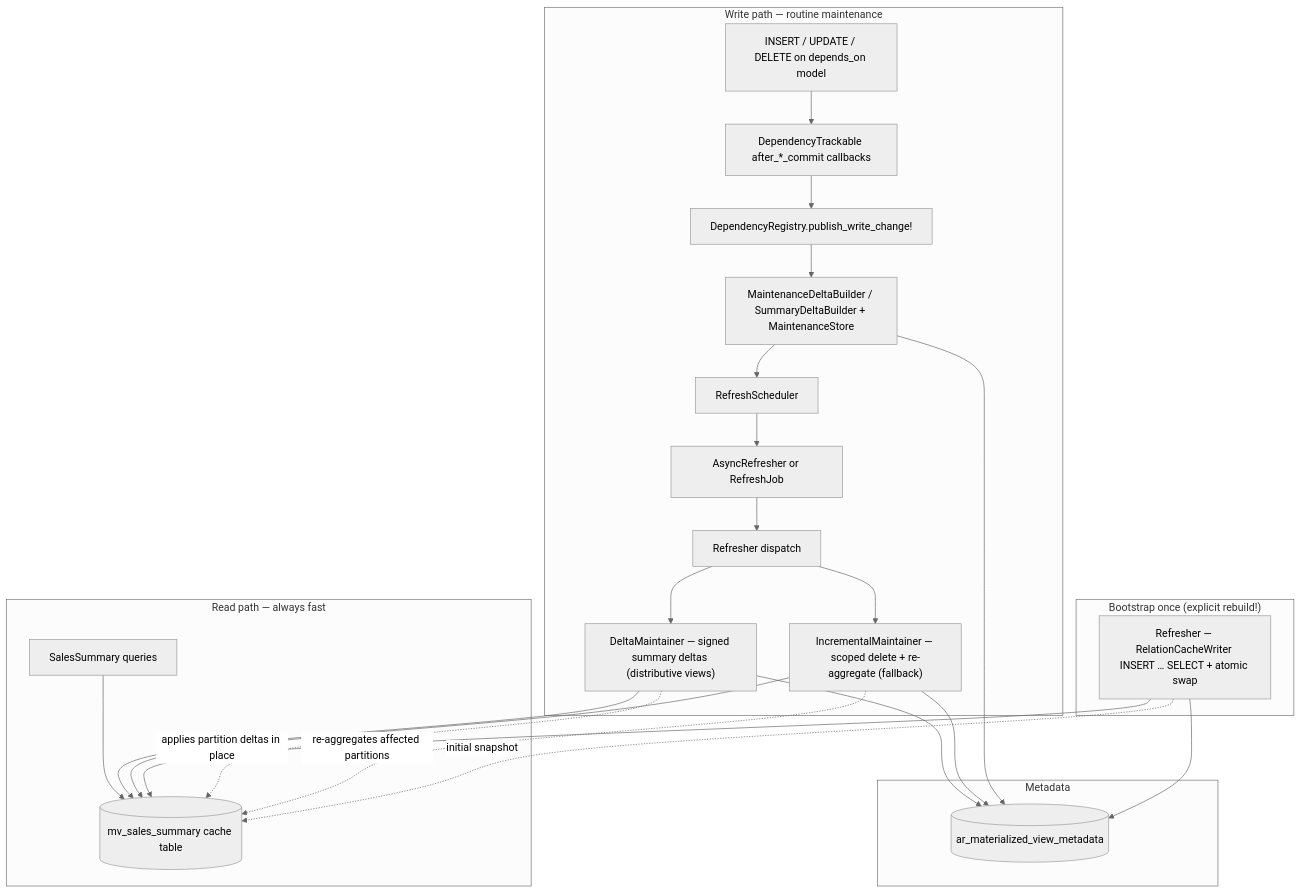
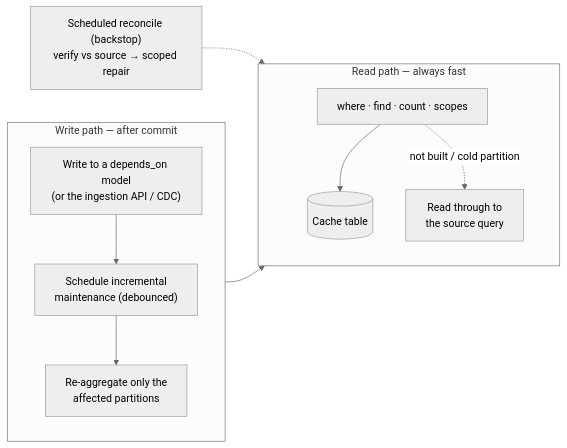
One commit to mavrukin/activerecord-materialized changed the diagram in README.md. Above: the diagram before and after it, drawn with Mermaid (neutral theme). The commit also changed other lines of this file and 8 other files, not shown here.

````diff
--- a/README.md
+++ b/README.md
@@ -98,42 +166,15 @@
 ```mermaid
-flowchart TB
-    subgraph writes ["Write path — routine maintenance"]
-        W["INSERT / UPDATE / DELETE on depends_on model"]
-        DT["DependencyTrackable after_*_commit callbacks"]
-        DR["DependencyRegistry.publish_write_change!"]
-        MS["MaintenanceDeltaBuilder / SummaryDeltaBuilder + MaintenanceStore"]
-        RS[RefreshScheduler]
-        AR["AsyncRefresher or RefreshJob"]
-        RFR["Refresher dispatch"]
-        DM["DeltaMaintainer — signed summary deltas (distributive views)"]
-        IM["IncrementalMaintainer — scoped delete + re-aggregate (fallback)"]
-        W --> DT --> DR --> MS --> RS --> AR --> RFR
-        RFR --> DM
-        RFR --> IM
+flowchart LR
+    subgraph write ["Write path — after commit"]
+        direction TB
+        W["Write to a depends_on model<br/>(or the ingestion API / CDC)"] --> M["Schedule incremental<br/>maintenance (debounced)"]
+        M --> U["Re-aggregate only the<br/>affected partitions"]
     end
-
-    subgraph bootstrap ["Bootstrap once (explicit rebuild!)"]
-        RF["Refresher — RelationCacheWriter INSERT … SELECT + atomic swap"]
+    U --> C[("Cache table")]
+    subgraph read ["Read path — always fast"]
+        direction TB
+        Q["where · find · count · scopes"] --> C
+        Q -.->|"not built / cold partition"| S["Read through to<br/>the source query"]
     end
-
-    subgraph reads ["Read path — always fast"]
-        Q["SalesSummary queries"]
-        CT[("mv_sales_summary cache table")]
-        Q --> CT
-    end
-
-    subgraph meta [Metadata]
-        MD[("ar_materialized_view_metadata")]
-        DM --> CT
-        IM --> CT
-        DM --> MD
-        IM --> MD
-        MS --> MD
-        RF --> CT
-        RF --> MD
-    end
-
-    DM -.->|"applies partition deltas in place"| CT
-    IM -.->|"re-aggregates affected partitions"| CT
-    RF -.->|"initial snapshot"| CT
+    REC["Scheduled reconcile (backstop)<br/>verify vs source → scoped repair"] -.-> C
 ```
````
